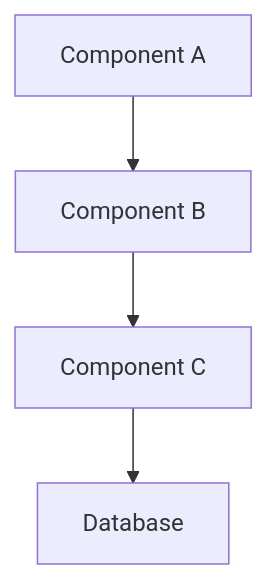
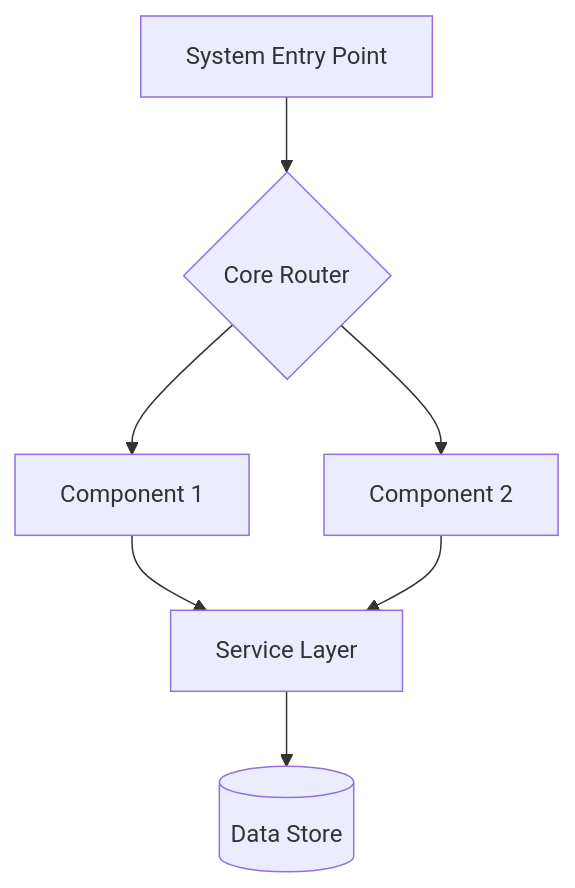
The first of 7 diagrams in src/KoalaWiki/Prompts/Warehouse/GenerateDocsDocumentation.md (xincheng213618/OpenDeepWiki), drawn with Mermaid before and after one commit. The commit also changed other lines of this file and 14 other files, not shown here.

````diff
--- a/src/KoalaWiki/Prompts/Warehouse/GenerateDocsDocumentation.md
+++ b/src/KoalaWiki/Prompts/Warehouse/GenerateDocsDocumentation.md
@@ -101,6 +86,9 @@
 ```mermaid
-flowchart TD
-    A[Component A] --> B[Component B]
-    B --> C[Component C]
-    C --> D[Database]
+graph TD
+    A[System Entry Point] --> B{Core Router}
+    B --> C[Component 1]
+    B --> D[Component 2]
+    C --> E[Service Layer]
+    D --> E
+    E --> F[(Data Store)]
 ```
````
